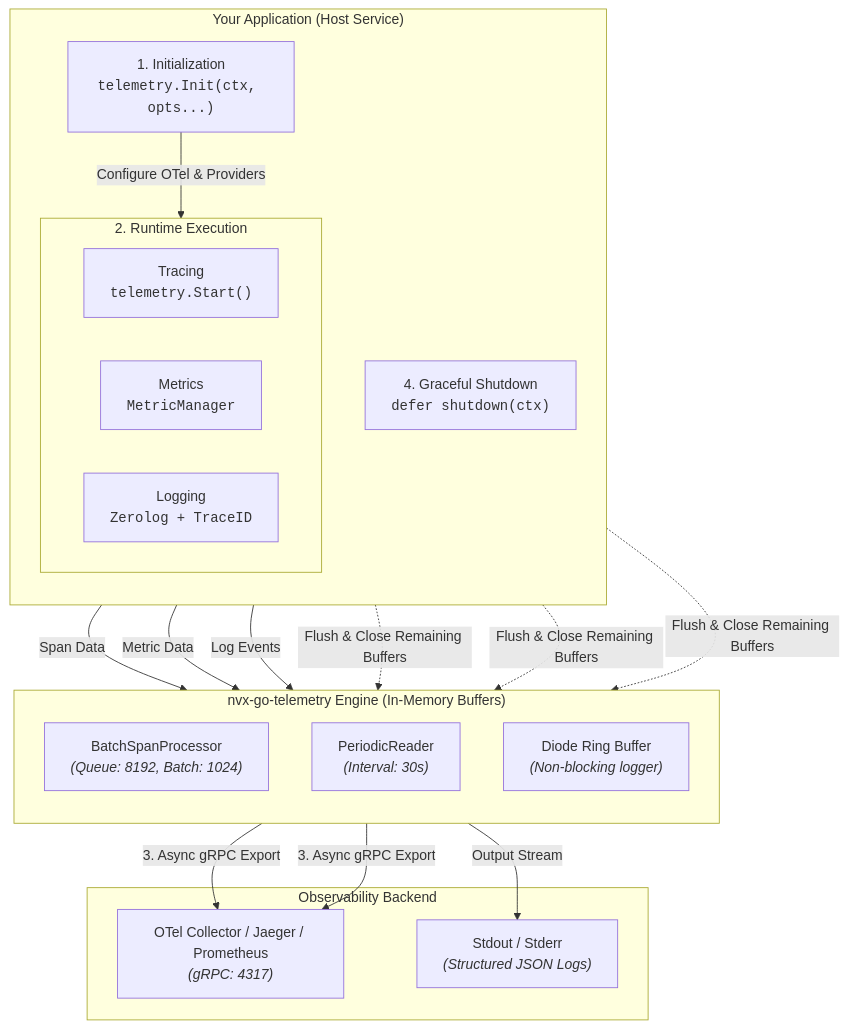
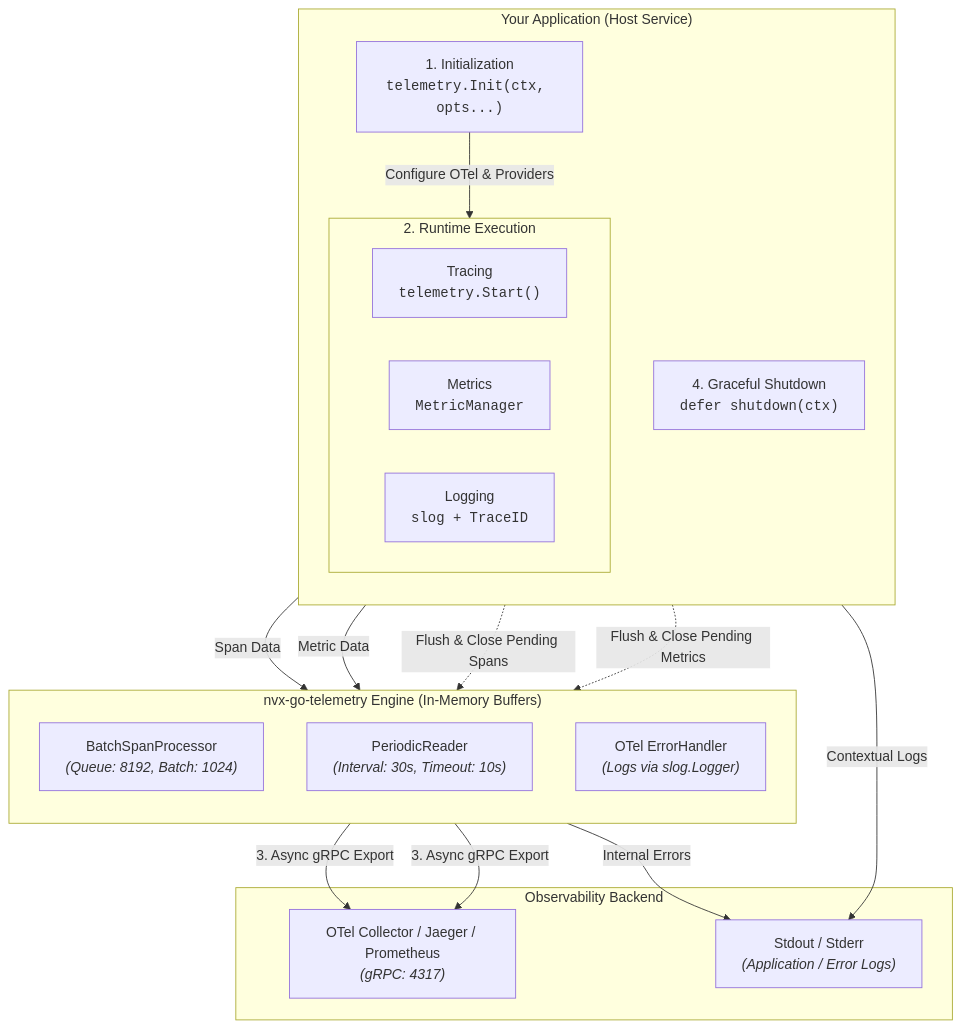
The diagram in README.md (Jkenyut/nvx-go-telemetry), drawn with Mermaid before and after one commit. The commit also changed other lines of this file and 6 other files, not shown here.

````diff
--- a/README.md
+++ b/README.md
@@ -104,42 +111,41 @@
 ```mermaid
 flowchart TD
     subgraph APP["Your Application (Host Service)"]
         direction TB
         Main["1. Initialization<br/><code>telemetry.Init(ctx, opts...)</code>"]
         
         subgraph RUNTIME["2. Runtime Execution"]
             direction LR
             Tr["Tracing<br/><code>telemetry.Start()</code>"]
             Mt["Metrics<br/><code>MetricManager</code>"]
-            Lg["Logging<br/><code>Zerolog + TraceID</code>"]
+            Lg["Logging<br/><code>slog + TraceID</code>"]
         end
 
         Shutdown["4. Graceful Shutdown<br/><code>defer shutdown(ctx)</code>"]
     end
 
     subgraph ENGINE["nvx-go-telemetry Engine (In-Memory Buffers)"]
         direction TB
         BSP["BatchSpanProcessor<br/><i>(Queue: 8192, Batch: 1024)</i>"]
-        PR["PeriodicReader<br/><i>(Interval: 30s)</i>"]
-        Diode["Diode Ring Buffer<br/><i>(Non-blocking logger)</i>"]
+        PR["PeriodicReader<br/><i>(Interval: 30s, Timeout: 10s)</i>"]
+        ErrorHandler["OTel ErrorHandler<br/><i>(Logs via slog.Logger)</i>"]
     end
 
     subgraph BACKEND["Observability Backend"]
         Collector["OTel Collector / Jaeger / Prometheus<br/><i>(gRPC: 4317)</i>"]
-        Stdout["Stdout / Stderr<br/><i>(Structured JSON Logs)</i>"]
+        Stdout["Stdout / Stderr<br/><i>(Application / Error Logs)</i>"]
     end
 
     %% Flow Connections
     Main -->|Configure OTel & Providers| RUNTIME
     Tr -->|Span Data| BSP
     Mt -->|Metric Data| PR
-    Lg -->|Log Events| Diode
+    Lg -->|Contextual Logs| Stdout
+    ErrorHandler -->|Internal Errors| Stdout
 
     BSP -->|3. Async gRPC Export| Collector
     PR -->|3. Async gRPC Export| Collector
-    Diode -->|Output Stream| Stdout
 
-    Shutdown -.->|Flush & Close Remaining Buffers| BSP
-    Shutdown -.->|Flush & Close Remaining Buffers| PR
-    Shutdown -.->|Flush & Close Remaining Buffers| Diode
+    Shutdown -.->|Flush & Close Pending Spans| BSP
+    Shutdown -.->|Flush & Close Pending Metrics| PR
 ```
````
